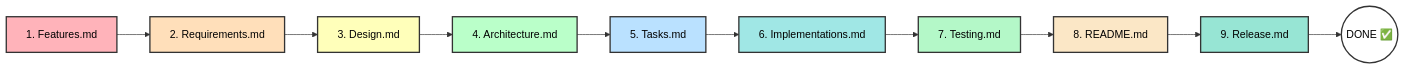
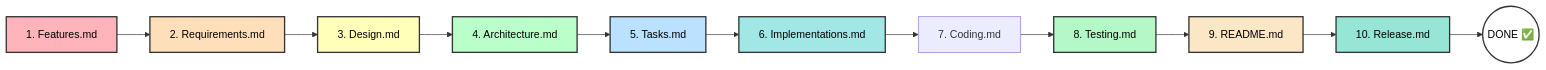
One commit to yuvaraj119/math-fun changed the second of 2 diagrams in spec/FEATURE_DEVELOPMENT_FLOW.md. Above: the diagram before and after it, drawn with Mermaid. The commit also changed other lines of this file and 14 other files, not shown here.

````diff
--- a/spec/FEATURE_DEVELOPMENT_FLOW.md
+++ b/spec/FEATURE_DEVELOPMENT_FLOW.md
@@ -457,23 +554,24 @@
 ```mermaid
 graph LR
     F[1. Features.md] --> R[2. Requirements.md]
     R --> D[3. Design.md]
     D --> A[4. Architecture.md]
     A --> T[5. Tasks.md]
     T --> I[6. Implementations.md]
-    I --> TE[7. Testing.md]
-    TE --> RM[8. README.md]
-    RM --> RE[9. Release.md]
+    I --> C[7. Coding.md]
+    C --> TE[8. Testing.md]
+    TE --> RM[9. README.md]
+    RM --> RE[10. Release.md]
     RE --> DONE((DONE ✅))
     
     style F fill:#FFB3BA,stroke:#333,stroke-width:2px,color:#000
     style R fill:#FFDFBA,stroke:#333,stroke-width:2px,color:#000
     style D fill:#FFFFBA,stroke:#333,stroke-width:2px,color:#000
     style A fill:#BAFFC9,stroke:#333,stroke-width:2px,color:#000
     style T fill:#BAE1FF,stroke:#333,stroke-width:2px,color:#000
     style I fill:#A0E7E5,stroke:#333,stroke-width:2px,color:#000
     style TE fill:#B4F8C8,stroke:#333,stroke-width:2px,color:#000
     style RM fill:#FBE7C6,stroke:#333,stroke-width:2px,color:#000
     style RE fill:#97E5D4,stroke:#333,stroke-width:2px,color:#000
     style DONE fill:#FFF,stroke:#333,stroke-width:2px,color:#000
 ```
````
